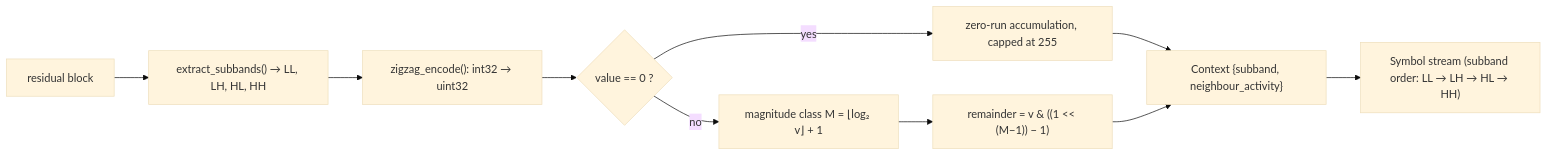
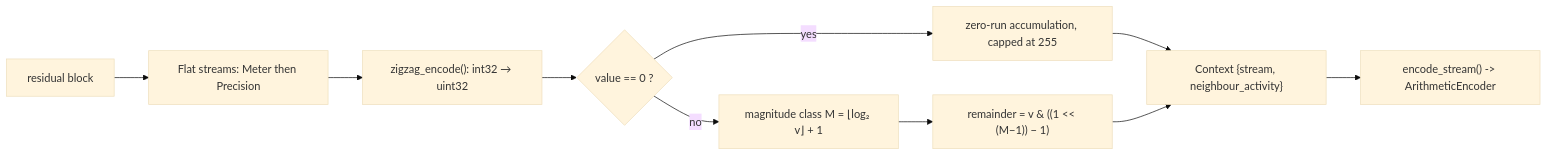
The sixth of 12 diagrams in docs/pipeline.md (yashwk/libxtm), drawn with Mermaid (base theme) before and after one commit. The commit also changed other lines of this file and 70 other files, not shown here.

````diff
--- a/docs/pipeline.md
+++ b/docs/pipeline.md
@@ -255,12 +268,12 @@
 ```mermaid
 flowchart LR
-    RES["residual block"] --> SB["extract_subbands() → LL, LH, HL, HH"]
+    RES["residual block"] --> SB["Flat streams: Meter then Precision"]
     SB --> ZIG["zigzag_encode(): int32 → uint32"]
     ZIG --> ZR{"value == 0 ?"}
     ZR -- yes --> RUN["zero-run accumulation, capped at 255"]
     ZR -- no --> MAG["magnitude class M = ⌊log₂ v⌋ + 1"]
     MAG --> REM["remainder = v & ((1 << (M−1)) − 1)"]
-    RUN --> CTX["Context {subband, neighbour_activity}"]
+    RUN --> CTX["Context {stream, neighbour_activity}"]
     REM --> CTX
-    CTX --> SYM["Symbol stream (subband order: LL → LH → HL → HH)"]
+    CTX --> SYM["encode_stream() -> ArithmeticEncoder"]
 ```
````
